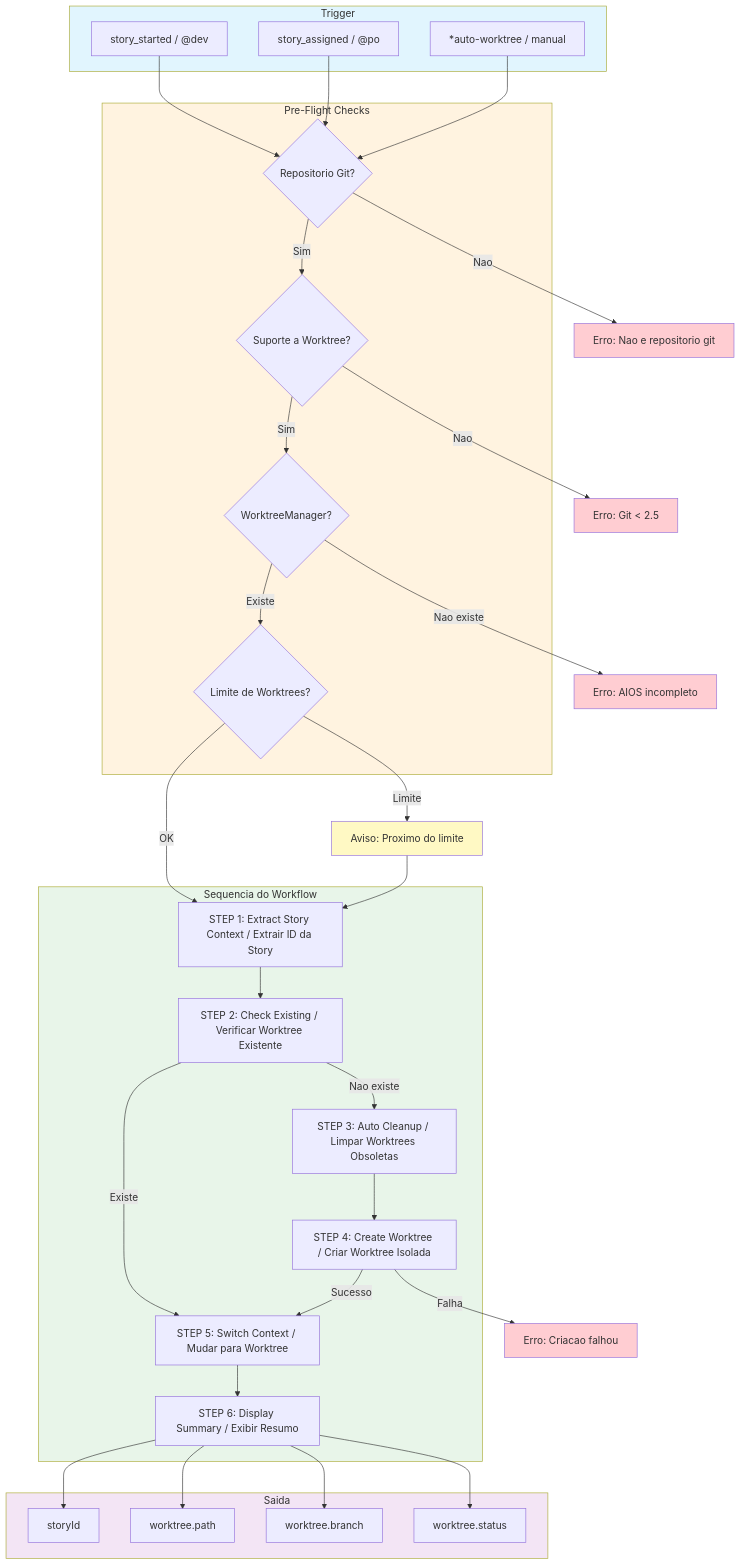
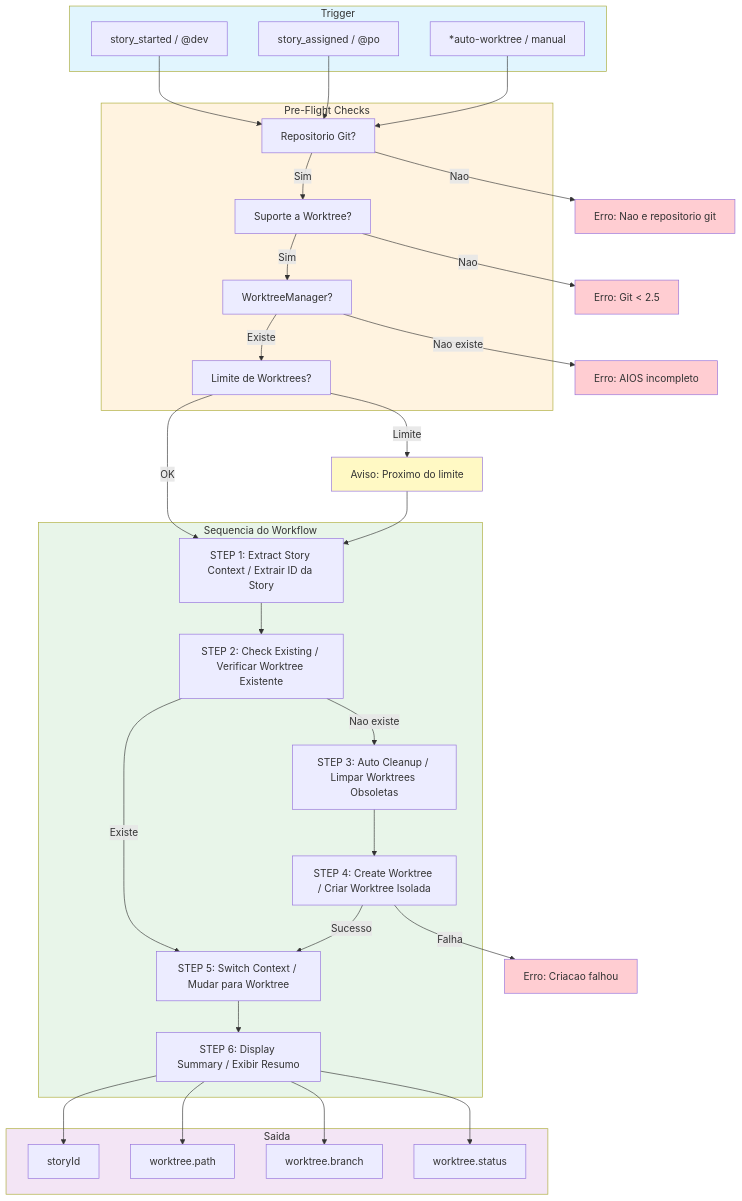
One commit to bychrisr/aios-docs changed the first of 5 diagrams in content/en/docs/guides/workflows/AUTO-WORKTREE-WORKFLOW.mdx. Above: the diagram before and after it, drawn with Mermaid. The commit also changed other lines of this file and 40 other files, not shown here.

````diff
--- a/content/en/docs/guides/workflows/AUTO-WORKTREE-WORKFLOW.mdx
+++ b/content/en/docs/guides/workflows/AUTO-WORKTREE-WORKFLOW.mdx
@@ -39,70 +39,70 @@
 ```mermaid
 flowchart TB
     subgraph TRIGGER["Trigger"]
         T1[story_started / @dev]
         T2[story_assigned / @po]
         T3[*auto-worktree / manual]
     end
 
     subgraph PREFLIGHT["Pre-Flight Checks"]
-        PF1{Repositorio Git?}
-        PF2{Suporte a Worktree?}
-        PF3{WorktreeManager?}
-        PF4{Limite de Worktrees?}
+        PF1[Repositorio Git?]
+        PF2[Suporte a Worktree?]
+        PF3[WorktreeManager?]
+        PF4[Limite de Worktrees?]
     end
 
     subgraph WORKFLOW["Sequencia do Workflow"]
         S1["STEP 1: Extract Story Context / Extrair ID da Story"]
         S2["STEP 2: Check Existing / Verificar Worktree Existente"]
         S3["STEP 3: Auto Cleanup / Limpar Worktrees Obsoletas"]
         S4["STEP 4: Create Worktree / Criar Worktree Isolada"]
         S5["STEP 5: Switch Context / Mudar para Worktree"]
         S6["STEP 6: Display Summary / Exibir Resumo"]
     end
 
     subgraph OUTPUT["Saida"]
         O1[storyId]
         O2[worktree.path]
         O3[worktree.branch]
         O4[worktree.status]
     end
 
     T1 --> PF1
     T2 --> PF1
     T3 --> PF1
 
     PF1 -->|Sim| PF2
     PF1 -->|Nao| ERR1[Erro: Nao e repositorio git]
 
     PF2 -->|Sim| PF3
     PF2 -->|Nao| ERR2[Erro: Git < 2.5]
 
     PF3 -->|Existe| PF4
     PF3 -->|Nao existe| ERR3[Erro: AIOS incompleto]
 
     PF4 -->|OK| S1
     PF4 -->|Limite| WARN1[Aviso: Proximo do limite]
     WARN1 --> S1
 
     S1 --> S2
     S2 -->|Existe| S5
     S2 -->|Nao existe| S3
     S3 --> S4
     S4 -->|Sucesso| S5
     S4 -->|Falha| ERR4[Erro: Criacao falhou]
     S5 --> S6
     S6 --> O1
     S6 --> O2
     S6 --> O3
     S6 --> O4
 
     style TRIGGER fill:#e1f5fe
     style PREFLIGHT fill:#fff3e0
     style WORKFLOW fill:#e8f5e9
     style OUTPUT fill:#f3e5f5
     style ERR1 fill:#ffcdd2
     style ERR2 fill:#ffcdd2
     style ERR3 fill:#ffcdd2
     style ERR4 fill:#ffcdd2
     style WARN1 fill:#fff9c4
 ```
````
